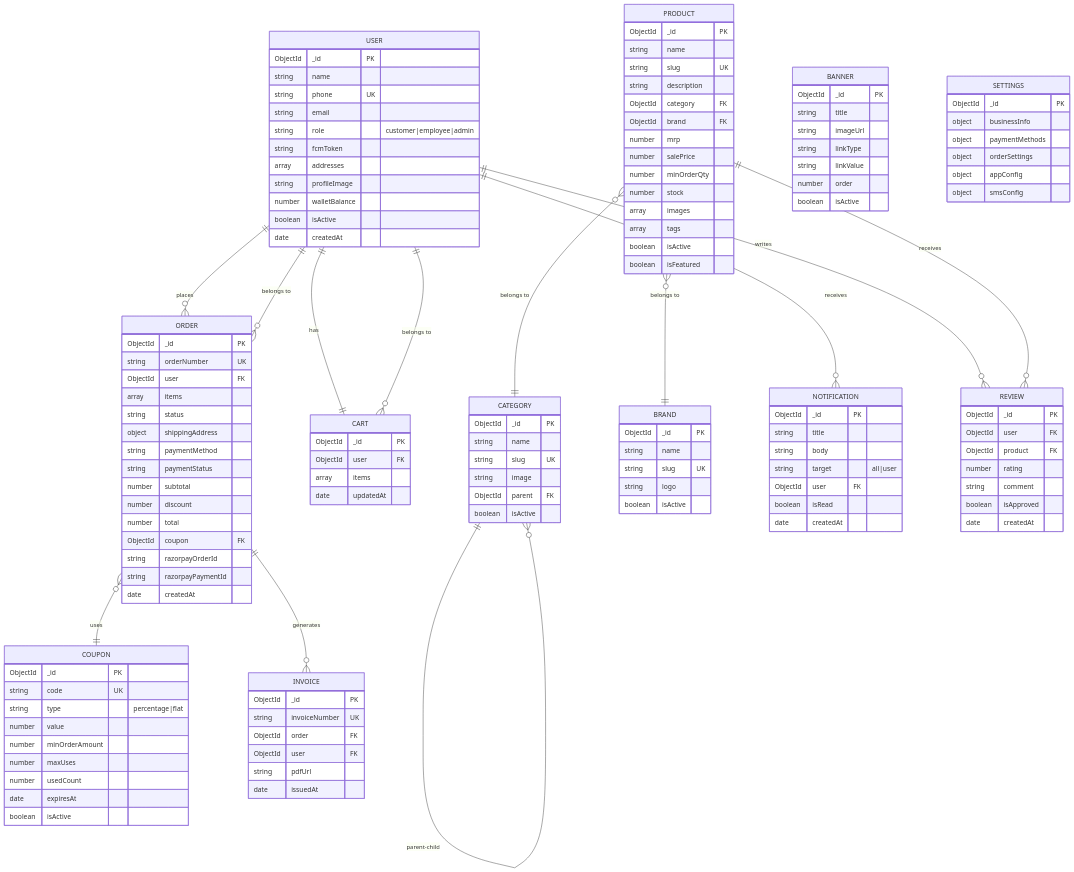
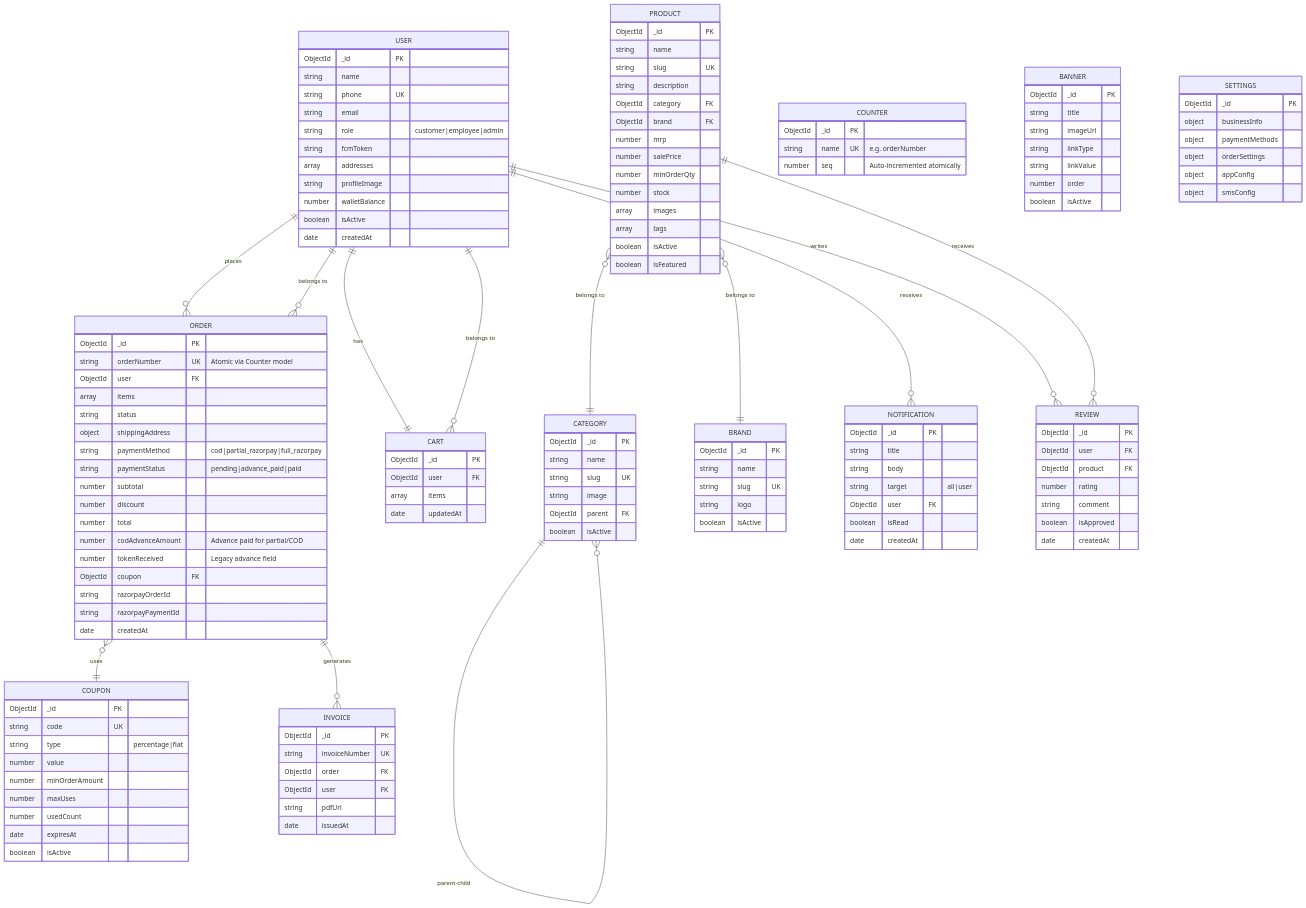
One commit to vanshjain271/Pretina changed diagram 11 of 14 in SYSTEM_DESIGN.md. Above: the diagram before and after it, drawn with Mermaid. The commit also changed other lines of this file, not shown here.

Commit message:
docs: update SYSTEM_DESIGN.md with payment flows, DNS setup, Counter model, v1.0.21

```diff
--- a/SYSTEM_DESIGN.md
+++ b/SYSTEM_DESIGN.md
@@ -325,20 +357,28 @@
 
     ORDER {
         ObjectId _id PK
-        string orderNumber UK
+        string orderNumber UK "Atomic via Counter model"
         ObjectId user FK
         array items
         string status
         object shippingAddress
-        string paymentMethod
-        string paymentStatus
+        string paymentMethod "cod|partial_razorpay|full_razorpay"
+        string paymentStatus "pending|advance_paid|paid"
         number subtotal
         number discount
         number total
+        number codAdvanceAmount "Advance paid for partial/COD"
+        number tokenReceived "Legacy advance field"
         ObjectId coupon FK
         string razorpayOrderId
         string razorpayPaymentId
         date createdAt
+    }
+
+    COUNTER {
+        ObjectId _id PK
+        string name UK "e.g. orderNumber"
+        number seq "Auto-incremented atomically"
     }
 
     CART {
```
